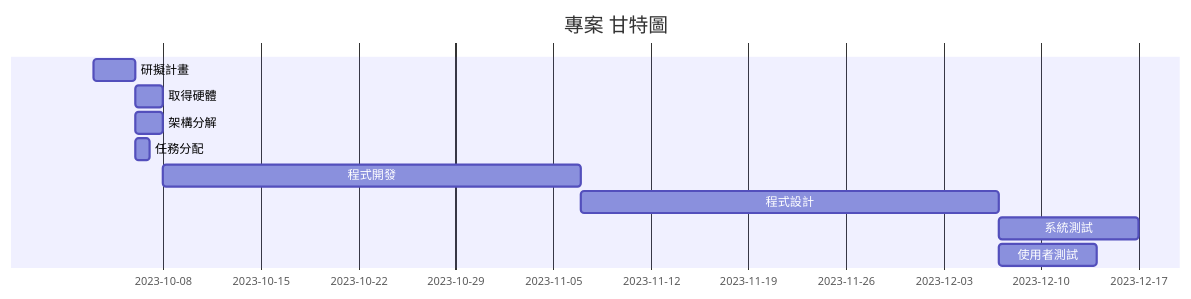
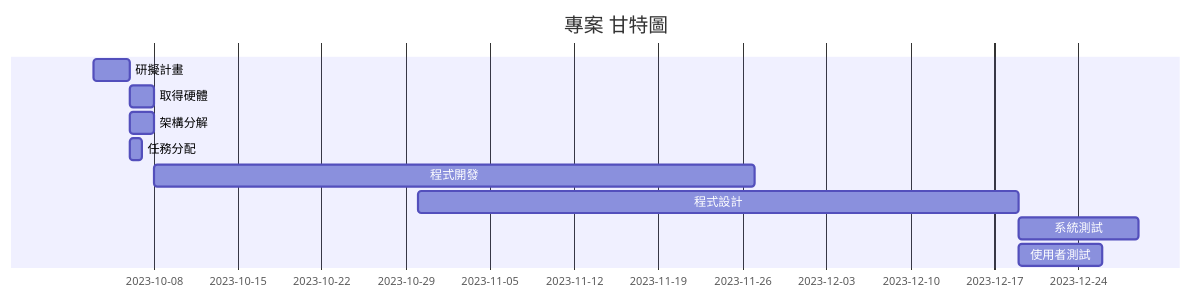
The diagram in Ateam-hw2.md (c110118248/Technology_14), drawn with Mermaid before and after one commit. The commit also changed other lines of this file, not shown here.

````diff
--- a/Ateam-hw2.md
+++ b/Ateam-hw2.md
@@ -17,14 +17,14 @@
 ```mermaid
 gantt
     title 專案 甘特圖
 
     研擬計畫     : a1 , 2023-10-03 , 3d
     取得硬體     : a2 , after a1 , 2d
     架構分解     : a3 , after a1 , 2d
     任務分配     : a4 , after a1 , 1d
-    程式開發     : a5 , after a2 , 30d
-    程式設計     : a6 , after a5 , 30d
+    程式開發     : a5 , after a2 , 50d
+    程式設計     : a6 , 2023-10-30 , 50d
     系統測試     : a7 , after a6 , 10d
     使用者測試   : a8 , after a6 , 7d
 
 ```
````
